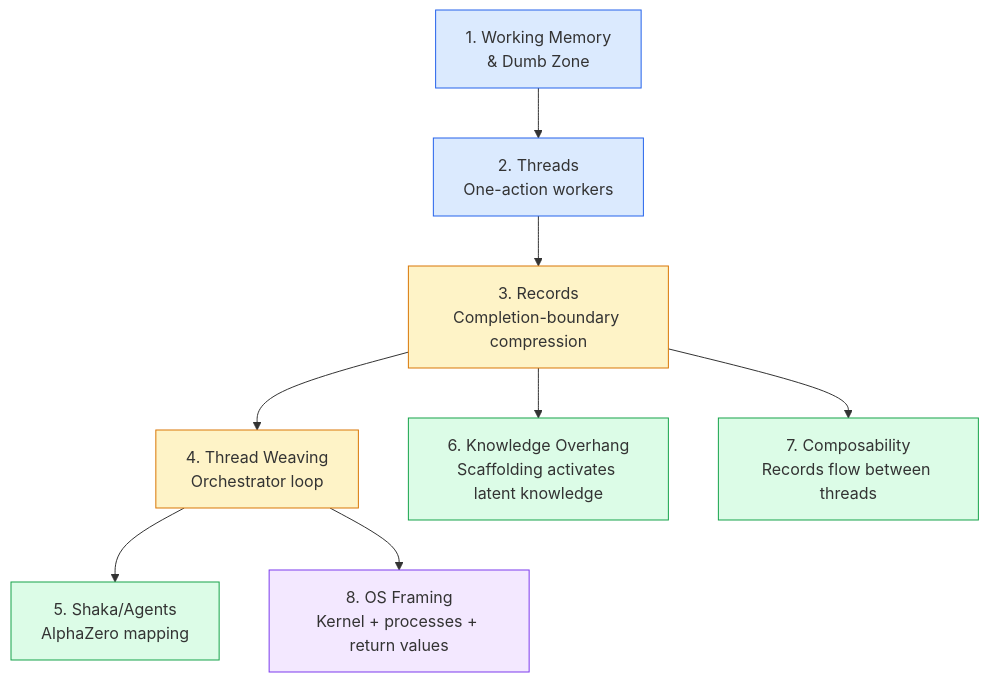
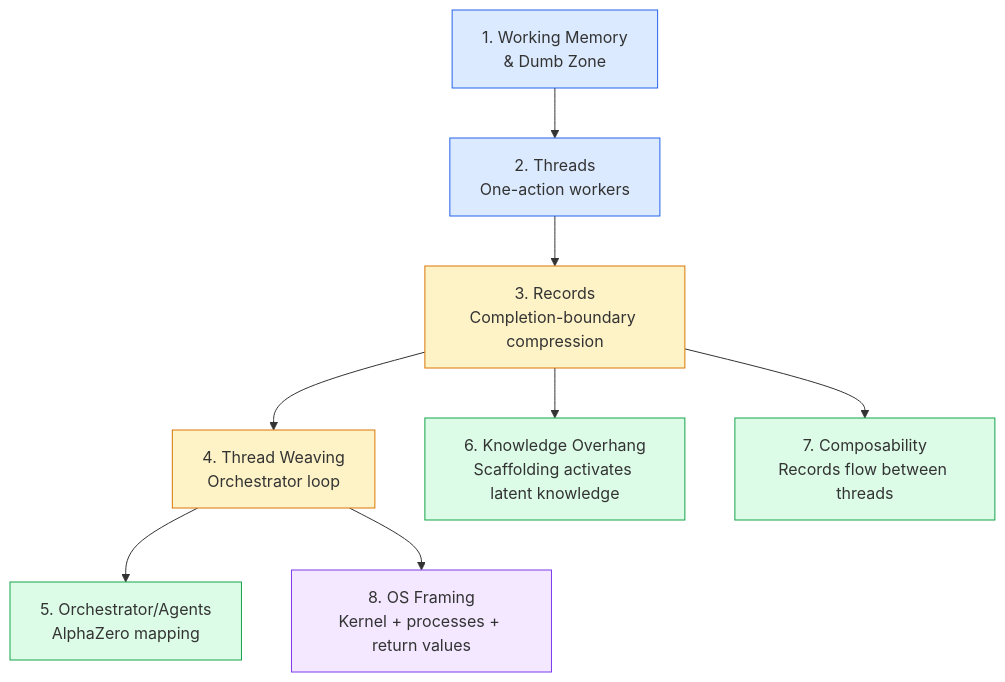
The second of 8 diagrams in docs/vision/07-slate-deep-integration.md (supernovae-st/nika), drawn with Mermaid before and after one commit. The commit also changed other lines of this file and 72 other files, not shown here.

````diff
--- a/docs/vision/07-slate-deep-integration.md
+++ b/docs/vision/07-slate-deep-integration.md
@@ -55,19 +55,19 @@
 ```mermaid
 flowchart TD
     WM["1. Working Memory\n& Dumb Zone"] --> TH["2. Threads\nOne-action workers"]
     TH --> EP["3. Records\nCompletion-boundary compression"]
     EP --> TW["4. Thread Weaving\nOrchestrator loop"]
-    TW --> ST["5. Shaka/Agents\nAlphaZero mapping"]
+    TW --> ST["5. Orchestrator/Agents\nAlphaZero mapping"]
     EP --> KO["6. Knowledge Overhang\nScaffolding activates latent knowledge"]
     EP --> CO["7. Composability\nRecords flow between threads"]
     TW --> OS["8. OS Framing\nKernel + processes + return values"]
 
     style WM fill:#dbeafe,stroke:#2563eb
     style TH fill:#dbeafe,stroke:#2563eb
     style EP fill:#fef3c7,stroke:#d97706
     style TW fill:#fef3c7,stroke:#d97706
     style ST fill:#dcfce7,stroke:#16a34a
     style KO fill:#dcfce7,stroke:#16a34a
     style CO fill:#dcfce7,stroke:#16a34a
     style OS fill:#f3e8ff,stroke:#7c3aed
 ```
````
